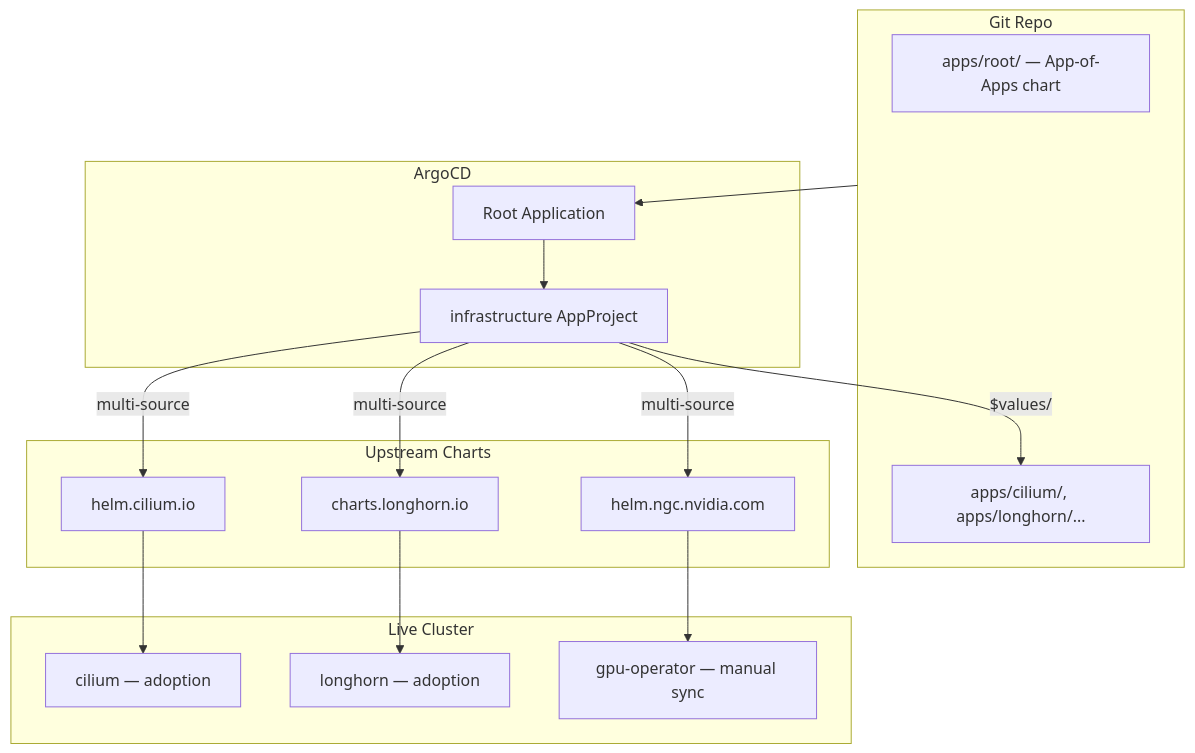
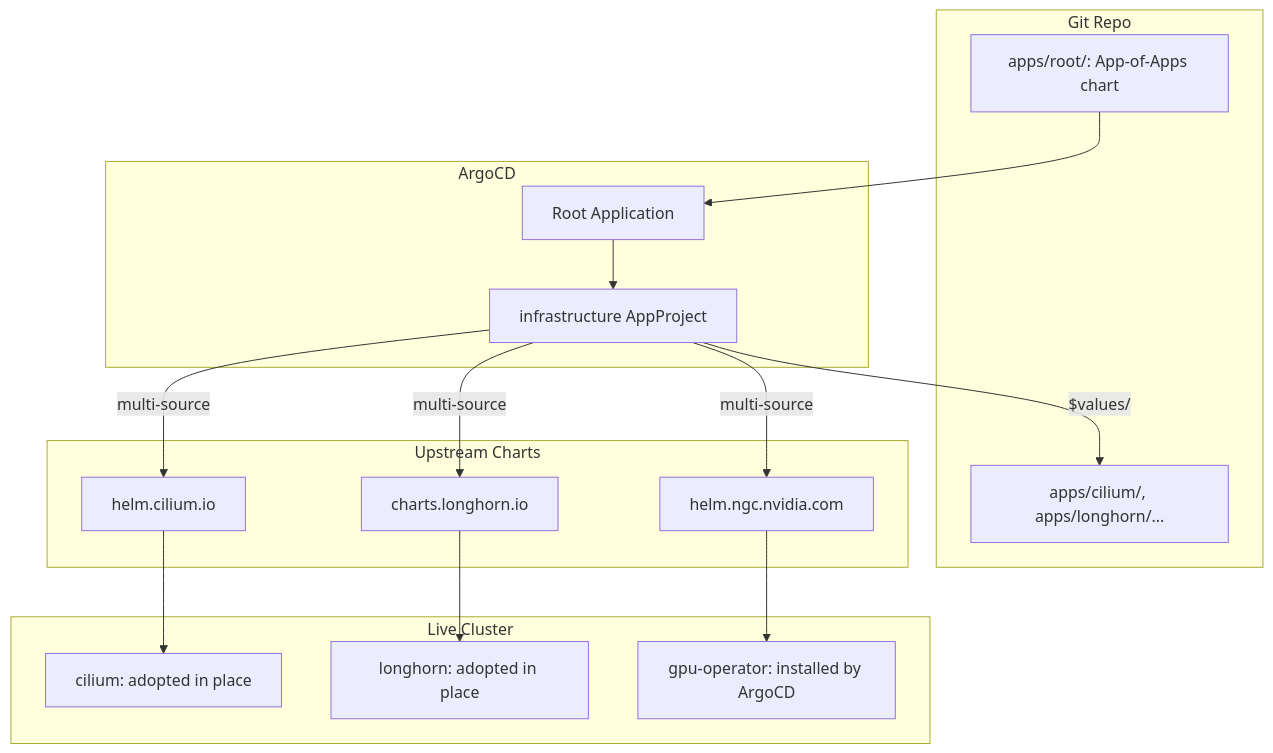
Before and after one commit to derio-net/frank: the diagram in blog/content/docs/building/05-gitops/index.md, drawn with Mermaid. The commit also changed other lines of this file and 52 other files, not shown here.

````diff
--- a/blog/content/docs/building/05-gitops/index.md
+++ b/blog/content/docs/building/05-gitops/index.md
@@ -23,31 +25,31 @@
 ```mermaid
 flowchart TD
   subgraph Git[Git Repo]
-    Chart[apps/root/ — App-of-Apps chart]
+    Chart[apps/root/: App-of-Apps chart]
     Apps[apps/cilium/, apps/longhorn/...]
   end
   subgraph ArgoCD[ArgoCD]
     Root[Root Application]
     Project[infrastructure AppProject]
   end
   subgraph Upstream[Upstream Charts]
     CiliumCH[helm.cilium.io]
     LonghornCH[charts.longhorn.io]
     GPUCH[helm.ngc.nvidia.com]
   end
   subgraph Cluster[Live Cluster]
-    Cilium[cilium — adoption]
-    Longhorn[longhorn — adoption]
-    GPU[gpu-operator — manual sync]
+    Cilium[cilium: adopted in place]
+    Longhorn[longhorn: adopted in place]
+    GPU[gpu-operator: installed by ArgoCD]
   end
 
-  Git --> Root
+  Chart --> Root
   Root --> Project
   Project -->|multi-source| CiliumCH
   Project -->|multi-source| LonghornCH
   Project -->|multi-source| GPUCH
   Project -->|$values/| Apps
   CiliumCH --> Cilium
   LonghornCH --> Longhorn
   GPUCH --> GPU
 ```
````
